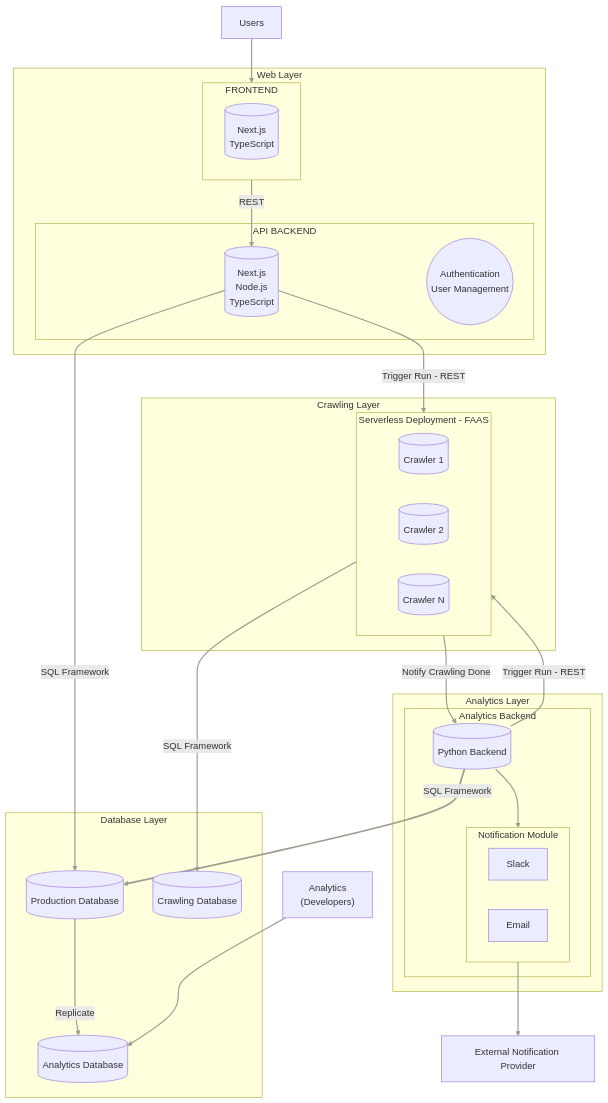
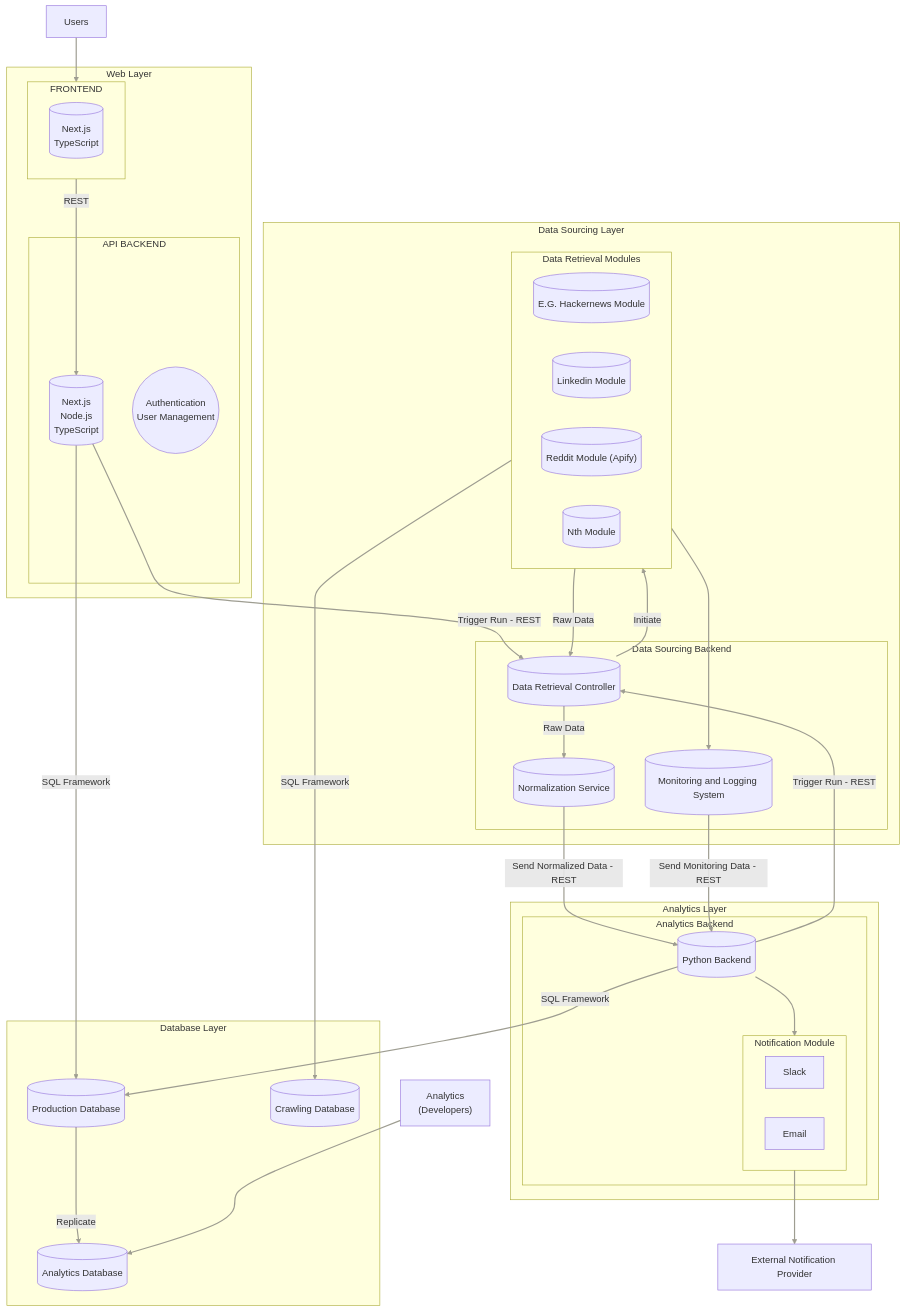
Before and after one commit to la-famiglia-jst2324/parma-analytics: the first of 3 diagrams in README.md, drawn with Mermaid.

Commit message:
docs: Update system architecture in README

````diff
--- a/README.md
+++ b/README.md
@@ -52,32 +52,47 @@
         Email
     end
 
-    subgraph CrawlingLayer[Crawling Layer]
-        CrawlingContainer
+    subgraph DataSourcingLayer[Data Sourcing Layer]
+        DataSourcingContainer
+        DataRetrievalModules
     end
 
-    subgraph CrawlingContainer[Serverless Deployment - FAAS]
-        Crawler1[("Crawler 1")]
-        Crawler2[("Crawler 2")]
-        CrawlerN[("Crawler N")]
+    subgraph DataSourcingContainer[Data Sourcing Backend]
+        DataRetrievalController[("Data Retrieval Controller")]
+        NormalizationService[("Normalization Service")]
+        MonitoringAndLoggingSystem[("Monitoring and Logging System")]
+    end
+
+    subgraph DataRetrievalModules[Data Retrieval Modules]
+        Module1[("E.G. Hackernews Module")]
+        Module2[("Linkedin Module")]
+        Module3[("Reddit Module (Apify)")]
+        ModuleN[("Nth Module")]
     end
 
 
         %% Links
-   Users --> FrontendContainer
-   FrontendContainer -->|REST| ApiRestBackend
-   ApiRestBackend -->|SQL Framework| ProductionDatabase
-   ProductionDatabase -->|Replicate| AnalyticsDatabase
-   AnalyticsDev["Analytics<br>(Developers)"] --> AnalyticsDatabase
-   AnalyticsRestBackend -->|SQL Framework| ProductionDatabase
-   AnalyticsRestBackend --> NotificationContainer
-   NotificationContainer --> ExternalNotificationProvider["External Notification Provider"]
-   CrawlingContainer -->|SQL Framework| CrawlingDatabase
-   ApiRestBackend -->|Trigger Run - REST| CrawlingContainer
-   AnalyticsRestBackend -->|Trigger Run - REST| CrawlingContainer
-   CrawlingContainer -->|Notify Crawling Done| AnalyticsRestBackend
+    Users --> FrontendContainer
+    FrontendContainer -->|REST| ApiRestBackend
+    ApiRestBackend -->|SQL Framework| ProductionDatabase
+    ProductionDatabase -->|Replicate| AnalyticsDatabase
+    AnalyticsDev["Analytics<br>(Developers)"] --> AnalyticsDatabase
+    AnalyticsRestBackend -->|SQL Framework| ProductionDatabase
+    AnalyticsRestBackend --> NotificationContainer
+    NotificationContainer --> ExternalNotificationProvider["External Notification Provider"]
+    DataRetrievalModules -->|SQL Framework| CrawlingDatabase
+    ApiRestBackend -->|Trigger Run - REST| DataRetrievalController
+    AnalyticsRestBackend -->|Trigger Run - REST| DataRetrievalController
+    DataRetrievalController -->|Initiate| DataRetrievalModules
+    DataRetrievalModules -->|Raw Data| DataRetrievalController
+    DataRetrievalController -->|Raw Data| NormalizationService
+    NormalizationService -->|Send Normalized Data - REST| AnalyticsRestBackend
+    DataRetrievalModules --> MonitoringAndLoggingSystem
+    MonitoringAndLoggingSystem -->|Send Monitoring Data - REST| AnalyticsRestBackend
 
         %% Link Styles
     linkStyle default stroke:#9E9D91,stroke-width:2px;
-    linkStyle 5 stroke:#black,stroke-width:3px;
+    %%linkStyle 5 stroke:#black,stroke-width:3px;
+    %%linkStyle 9 stroke:#black,stroke-width:3px;
+    %%linkStyle 10 stroke:#black,stroke-width:3px;
 ```
````
